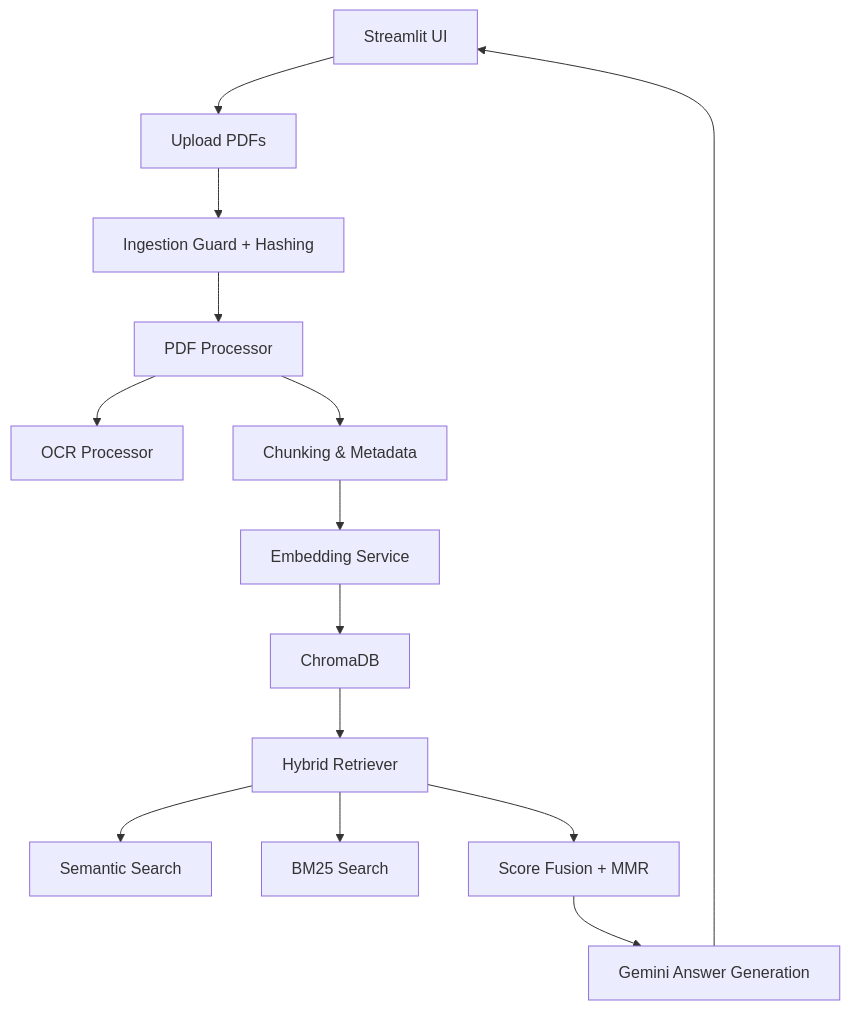
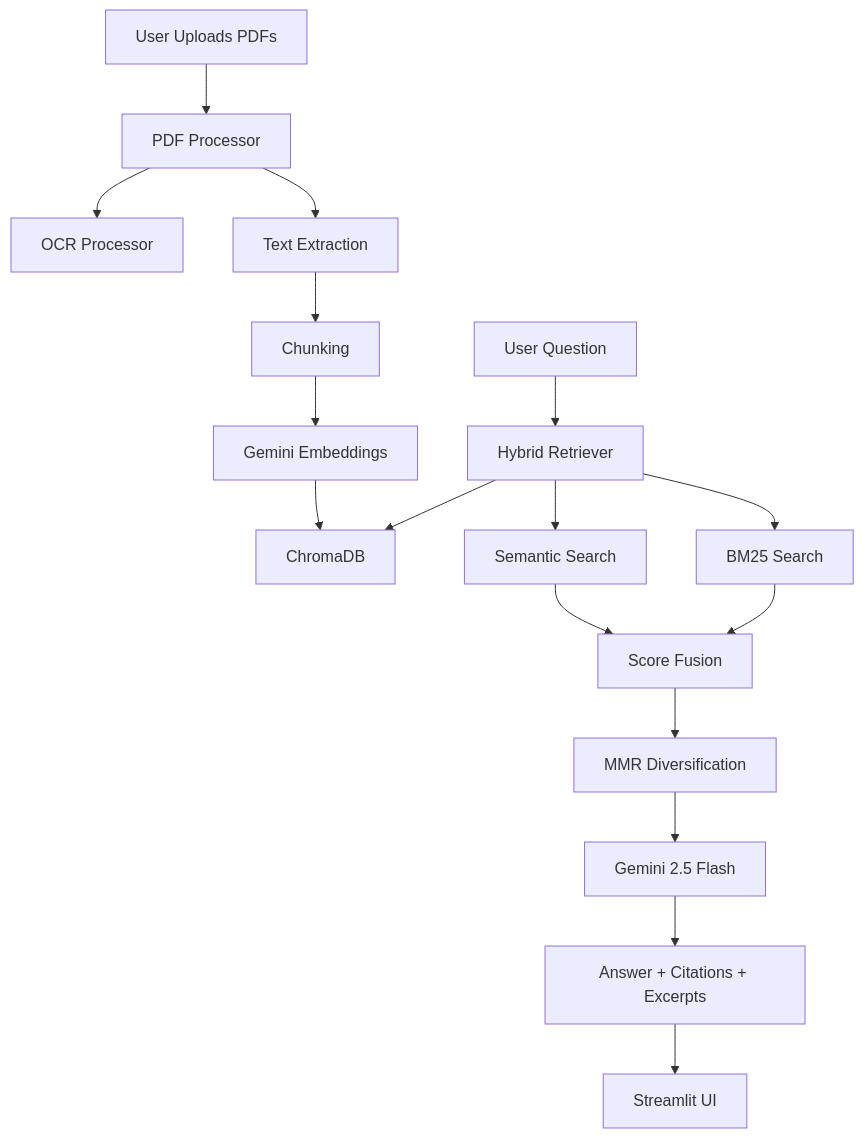
Before and after one commit to srujanlakku/fastigo_AI_pdf_chatbot: the diagram in README.md, drawn with Mermaid. The commit also changed other lines of this file, not shown here.

````diff
--- a/README.md
+++ b/README.md
@@ -20,16 +39,37 @@
 ```mermaid
 flowchart TB
-  A[Streamlit UI] --> B[Upload PDFs]
-  B --> C[Ingestion Guard + Hashing]
-  C --> D[PDF Processor]
-  D --> E[OCR Processor]
-  D --> F[Chunking & Metadata]
-  F --> G[Embedding Service]
-  G --> H[ChromaDB]
-  H --> I[Hybrid Retriever]
-  I --> J[Semantic Search]
-  I --> K[BM25 Search]
-  I --> L[Score Fusion + MMR]
-  L --> M[Gemini Answer Generation]
-  M --> A
+
+A[User Uploads PDFs]
+--> B[PDF Processor]
+
+B --> C[OCR Processor]
+
+B --> D[Text Extraction]
+
+D --> E[Chunking]
+
+E --> F[Gemini Embeddings]
+
+F --> G[ChromaDB]
+
+H[User Question]
+--> I[Hybrid Retriever]
+
+I --> G
+
+I --> J[Semantic Search]
+
+I --> K[BM25 Search]
+
+J --> L[Score Fusion]
+
+K --> L
+
+L --> M[MMR Diversification]
+
+M --> N[Gemini 2.5 Flash]
+
+N --> O[Answer + Citations + Excerpts]
+
+O --> P[Streamlit UI]
 ```
````
